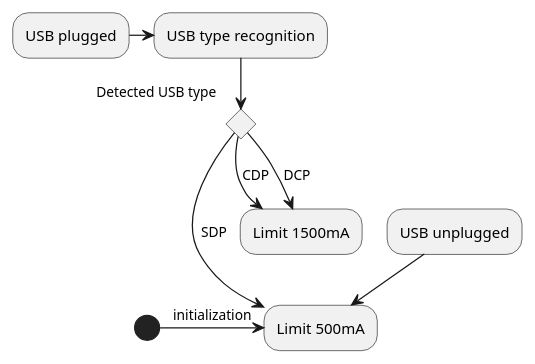
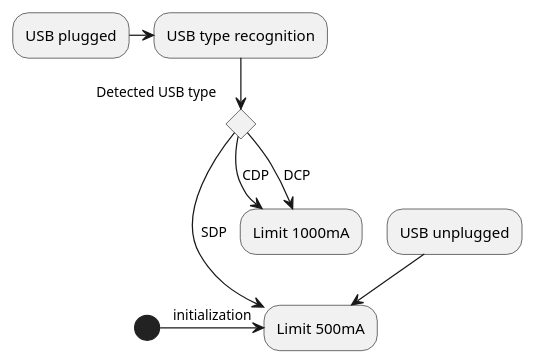
The diagram in module-services/service-evtmgr/doc/USB_current_selection.puml (mudita/MuditaOS), drawn with PlantUML before and after one commit. The commit also changed 14 other files, not shown here.

```diff
--- a/module-services/service-evtmgr/doc/USB_current_selection.puml
+++ b/module-services/service-evtmgr/doc/USB_current_selection.puml
@@ -1,14 +1,14 @@
 @startuml
 (*) -> [initialization] "Limit 500mA"
 
 "USB plugged" -> "USB type recognition"
 If "Detected USB type" then
     ---> [SDP] "Limit 500mA"
     else
-    -> [CDP] "Limit 1500mA"
+    -> [CDP] "Limit 1000mA"
     else
-    --> [DCP] "Limit 1500mA"
+    --> [DCP] "Limit 1000mA"
 Endif
 
 "USB unplugged" --> "Limit 500mA"
 @enduml
```
